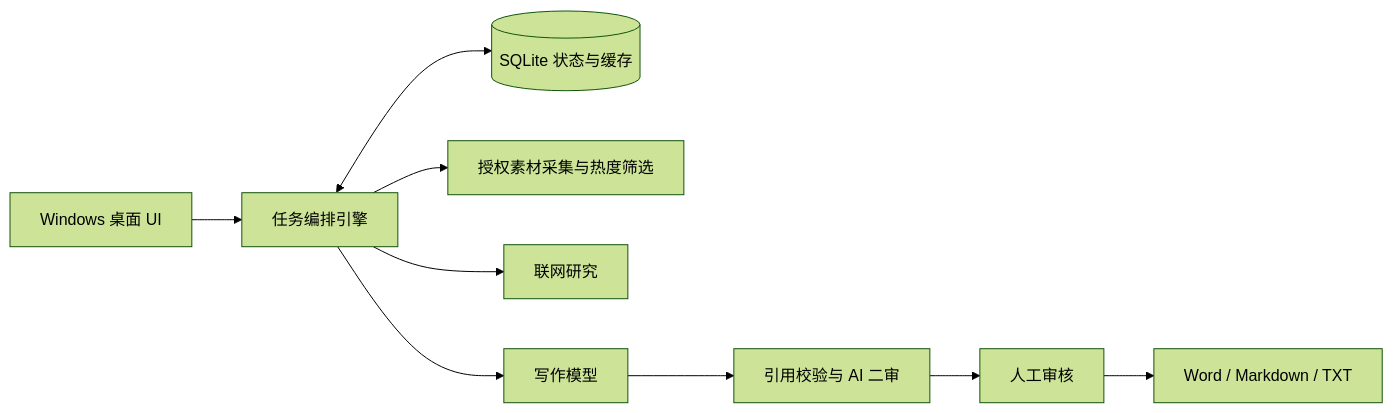
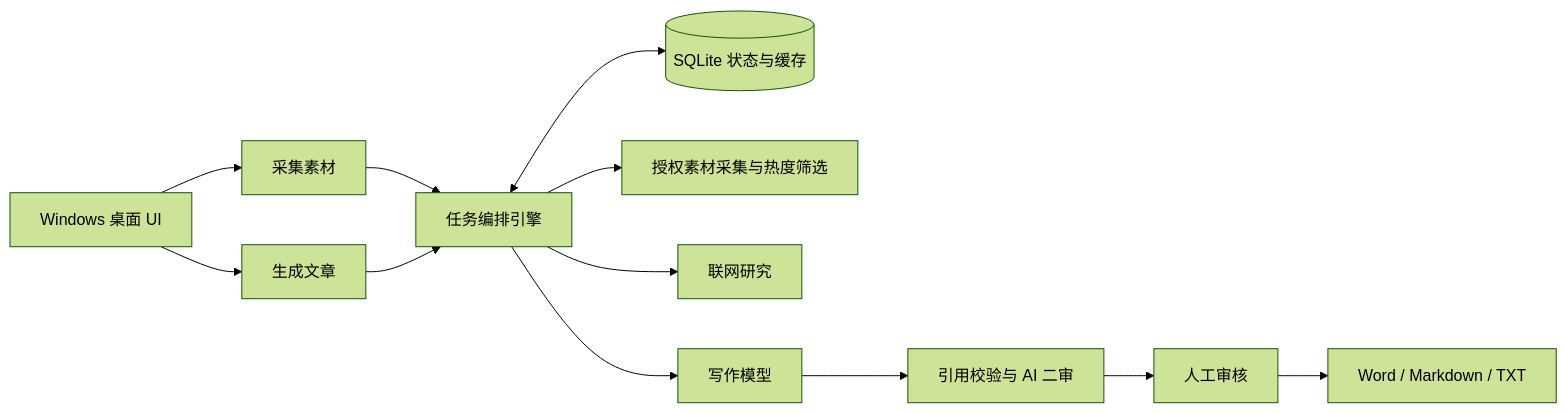
The diagram in README.md (tudou0655-alt/wewriter), drawn with Mermaid (forest theme) before and after one commit. The commit also changed other lines of this file and 83 other files, not shown here.

````diff
--- a/README.md
+++ b/README.md
@@ -17,11 +17,14 @@
 ```mermaid
 flowchart LR
-    UI[Windows 桌面 UI] --> Engine[任务编排引擎]
+    UI[Windows 桌面 UI] --> CollectAction[采集素材]
+    UI --> WriteAction[生成文章]
+    CollectAction --> Engine[任务编排引擎]
+    WriteAction --> Engine
     Engine <--> DB[(SQLite 状态与缓存)]
     Engine --> Collect[授权素材采集与热度筛选]
     Engine --> Research[联网研究]
     Engine --> Compose[写作模型]
     Compose --> Review[引用校验与 AI 二审]
     Review --> Human[人工审核]
     Human --> Export[Word / Markdown / TXT]
 ```
````
